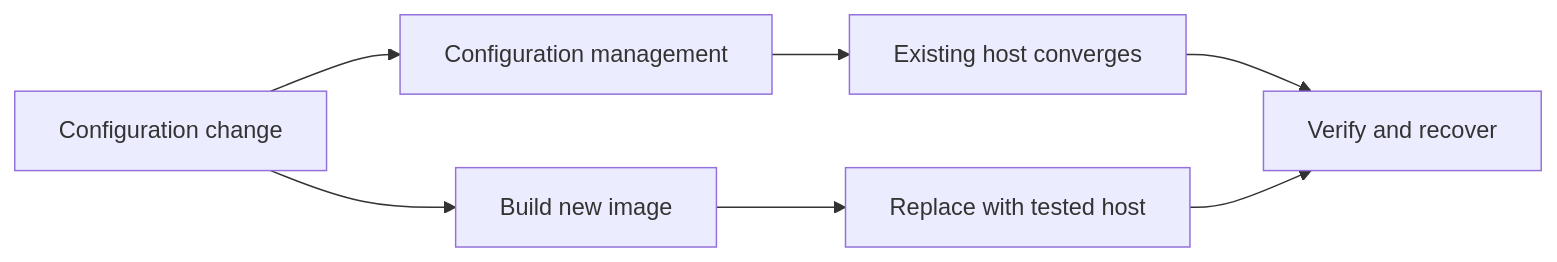
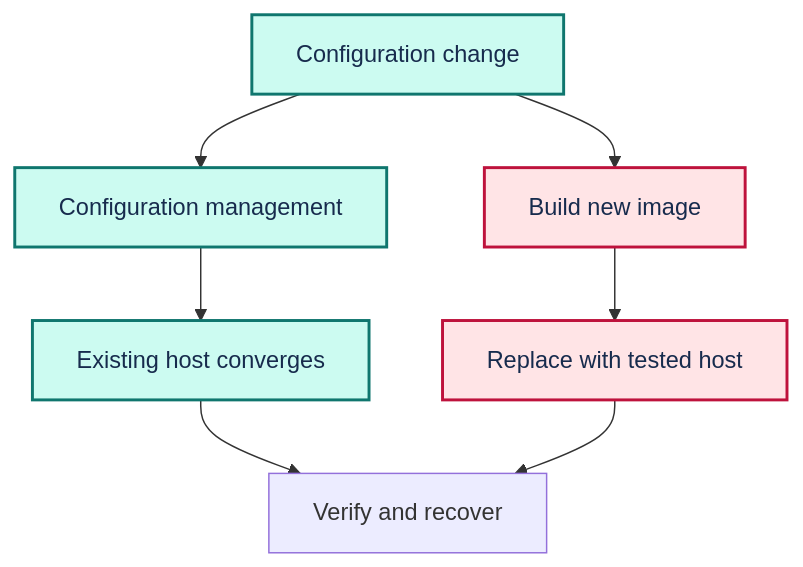
Before and after one commit to Acestus/portfolio: the diagram in site/content/docs/video-configuration-management-vs-image-rebuild.md, drawn with Mermaid. The commit also changed 20 other files, not shown here.

Commit message:
Apply Mermaid and Pele style to video guides (#58)

````diff
--- a/site/content/docs/video-configuration-management-vs-image-rebuild.md
+++ b/site/content/docs/video-configuration-management-vs-image-rebuild.md
@@ -27,9 +27,15 @@
 ```mermaid
-flowchart LR
+flowchart TD
+  accTitle: Configuration management versus rebuilding the image
   C[Configuration change] --> M[Configuration management]
   M --> H[Existing host converges]
   C --> I[Build new image]
   I --> N[Replace with tested host]
   H --> V[Verify and recover]
   N --> V
+
+  classDef primary fill:#CCFBF1,stroke:#0F766E,color:#172B4D,stroke-width:2px
+  classDef secondary fill:#FFE4E6,stroke:#BE123C,color:#172B4D,stroke-width:2px
+  class C,M,H primary
+  class I,N secondary
 ```
````
